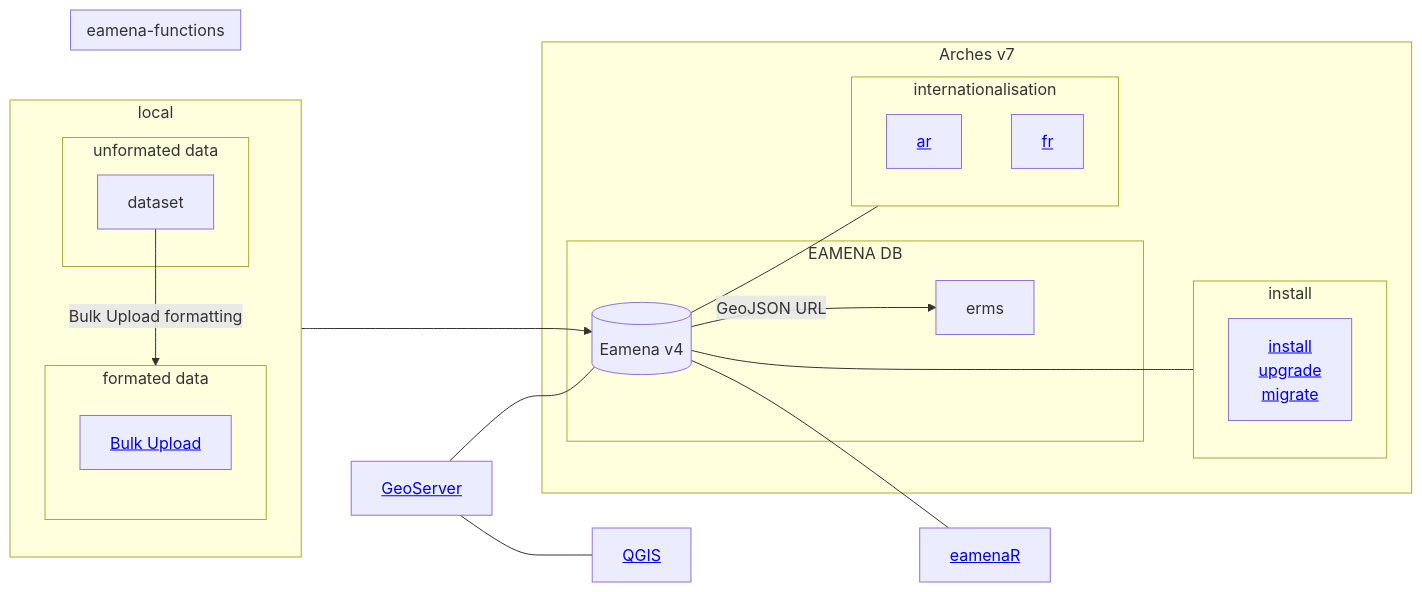
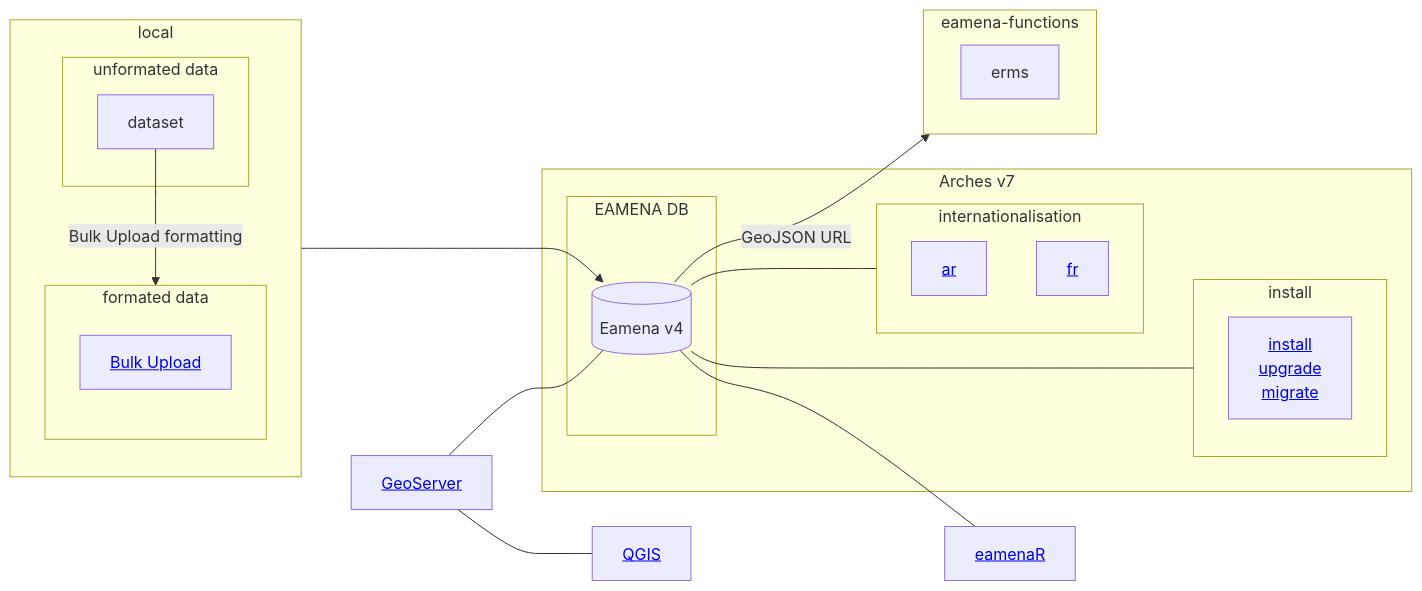
Before and after one commit to eamena-project/eamena-arches-dev: the diagram in dbs/database.eamena/README.md, drawn with Mermaid.

Commit message:
workflow db

````diff
--- a/dbs/database.eamena/README.md
+++ b/dbs/database.eamena/README.md
@@ -5,36 +5,36 @@
 ```mermaid
 flowchart LR
   subgraph Arches v7
     subgraph EAMENA DB
-    ea[(Eamena v4)] -- GeoJSON URL --> idf1[erms]
+    ea[(Eamena v4)]
     end
     subgraph internationalisation
       id6[<a href='https://github.com/eamena-project/eamena-arches-dev/tree/main/dbs/database.eamena/internationalisation'>ar</a>];
       id7[<a href='https://github.com/eamena-project/eamena-arches-dev/tree/main/dbs/database.eamena/internationalisation'>fr</a>];
     end 
     subgraph install
       id8[<a href='https://github.com/eamena-project/eamena-arches-dev/tree/main/dbs/database.eamena/install'>install<br>upgrade<br>migrate</a>];
     end 
   end
   id3[<a href='https://github.com/eamena-project/eamena-arches-dev/tree/main/geoserver'>GeoServer</a>] --- ea;
   id3 --- id4[<a href='https://github.com/eamena-project/eamena-arches-dev/tree/main/gis/qgis'>QGIS</a>];
   subgraph local
     direction TB
     subgraph unformated data
       id9A[dataset]
     end
     subgraph formated data
       direction TB
       id9A -- Bulk Upload formatting --> id9B[<a href='https://github.com/eamena-project/eamena-arches-dev/tree/main/data/bulk#readme'>Bulk Upload</a>]
       id9B ---> ea;
     end
   end
   subgraph eamena-functions
     direction LR
-    idf1
+    idf1[erms]
   end
-
+  ea -- GeoJSON URL --> idf1
   ea --- id5[<a href='https://github.com/eamena-project/eamenaR'>eamenaR</a>];
   ea --- internationalisation
   ea <--- install
 ```
````
